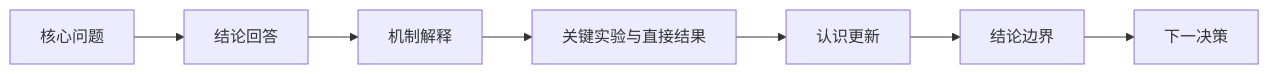
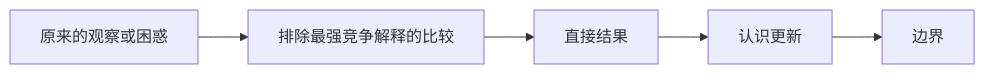
The diagram in templates/research_process/focus_writing_template.md (Shphd3/Research_System), drawn with Mermaid before and after one commit. The commit also changed other lines of this file and 66 other files, not shown here.

````diff
--- a/templates/research_process/focus_writing_template.md
+++ b/templates/research_process/focus_writing_template.md
@@ -44,4 +41,4 @@
 ```mermaid
 flowchart LR
-    Q["核心问题"] --> C["结论回答"] --> M["机制解释"] --> E["关键实验与直接结果"] --> U["认识更新"] --> B["结论边界"] --> D["下一决策"]
+    O["原来的观察或困惑"] --> T["排除最强竞争解释的比较"] --> R["直接结果"] --> K["认识更新"] --> B["边界"]
 ```
````
